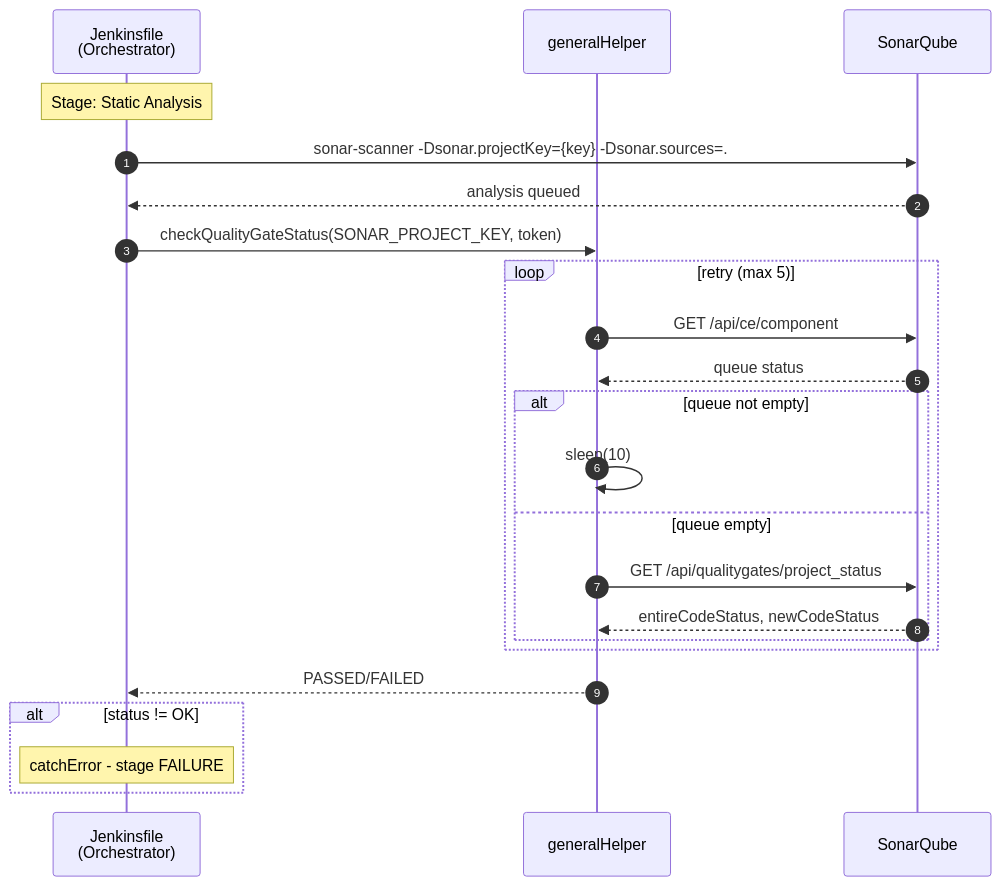
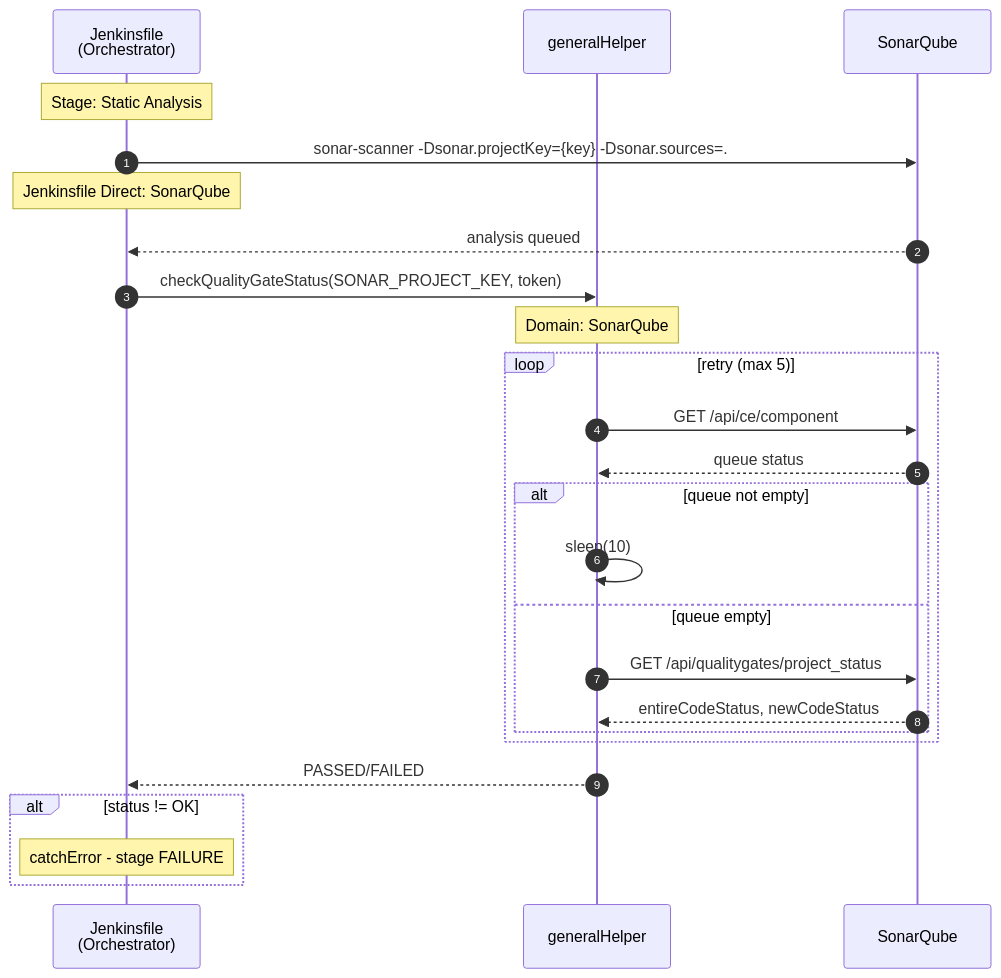
The sixth of 7 diagrams in Voyages/Projects/VARLab-work-transfer/portfolios/devops-jenkins-linux/4-layer-architecture-and-logger-system-integration/problem-analysis/pipeline-sequence-diagrams/js-ci.md (JindoKimKor/Self-Binnacle), drawn with Mermaid before and after one commit. The commit also changed other lines of this file and 55 other files, not shown here.

First line of the commit message:
refactor(4-layer-architecture): Standardize analysis document naming and format

````diff
--- a/Voyages/Projects/VARLab-work-transfer/portfolios/devops-jenkins-linux/4-layer-architecture-and-logger-system-integration/problem-analysis/pipeline-sequence-diagrams/js-ci.md
+++ b/Voyages/Projects/VARLab-work-transfer/portfolios/devops-jenkins-linux/4-layer-architecture-and-logger-system-integration/problem-analysis/pipeline-sequence-diagrams/js-ci.md
@@ -241,30 +265,32 @@
 ```mermaid
 sequenceDiagram
     autonumber
 
     participant JF as Jenkinsfile<br/>(Orchestrator)
     participant GH as generalHelper
     participant SQ as SonarQube
 
     Note over JF: Stage: Static Analysis
 
     JF->>SQ: sonar-scanner -Dsonar.projectKey={key} -Dsonar.sources=.
+    Note over JF: Jenkinsfile Direct: SonarQube
     SQ-->>JF: analysis queued
 
     JF->>GH: checkQualityGateStatus(SONAR_PROJECT_KEY, token)
+    Note over GH: Domain: SonarQube
     loop retry (max 5)
         GH->>SQ: GET /api/ce/component
         SQ-->>GH: queue status
         alt queue not empty
             GH->>GH: sleep(10)
         else queue empty
             GH->>SQ: GET /api/qualitygates/project_status
             SQ-->>GH: entireCodeStatus, newCodeStatus
         end
     end
     GH-->>JF: PASSED/FAILED
 
     alt status != OK
         Note over JF: catchError - stage FAILURE
     end
 ```
````
